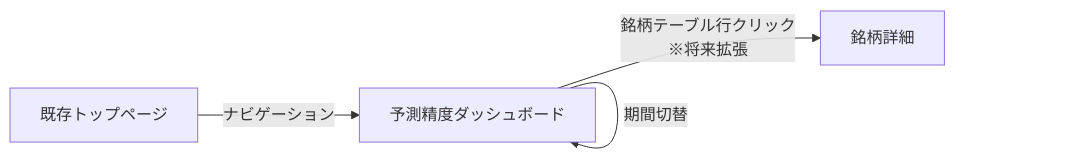
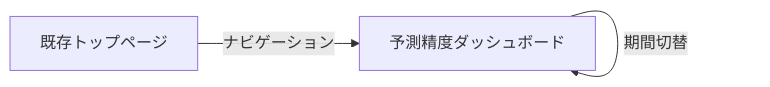
The first of 2 diagrams in tasks/stock-tracer-prediction-evaluation/external-design.md (nagiyu/nagiyu-platform), drawn with Mermaid before and after one commit. The commit also changed other lines of this file and 5 other files, not shown here.

````diff
--- a/tasks/stock-tracer-prediction-evaluation/external-design.md
+++ b/tasks/stock-tracer-prediction-evaluation/external-design.md
@@ -29,6 +25,5 @@
 ```mermaid
 graph LR
     A[既存トップページ] -->|ナビゲーション| B[予測精度ダッシュボード]
     B -->|期間切替| B
-    B -->|銘柄テーブル行クリック<br>※将来拡張| C[銘柄詳細]
 ```
````
